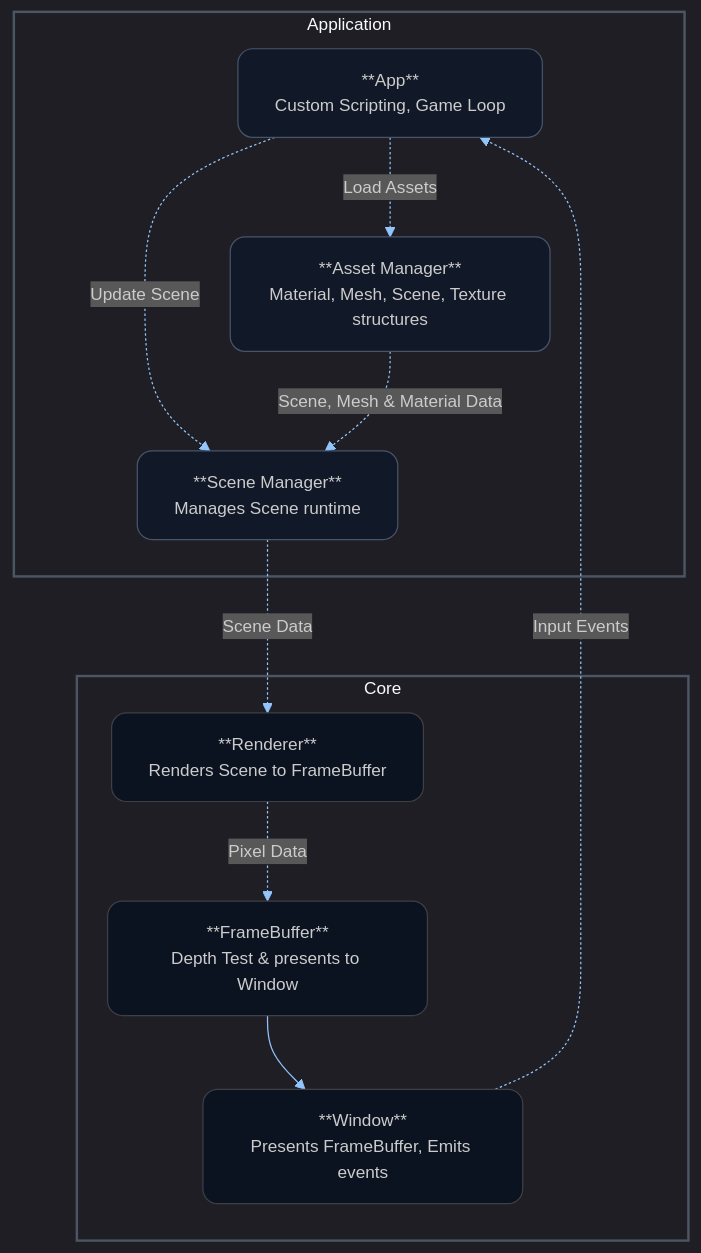
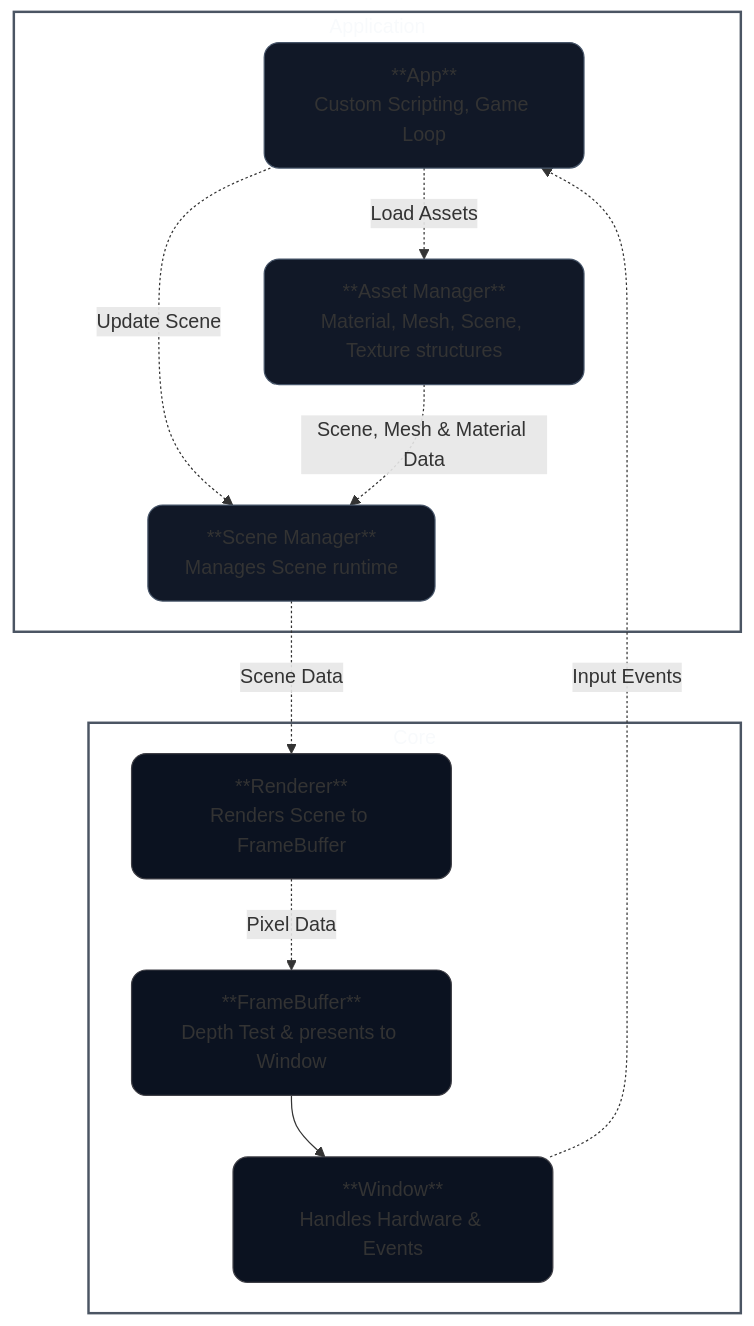
One commit to tommiedevelops/cpu-graphics-engine changed the diagram in README.md. Above: the diagram before and after it, drawn with Mermaid. The commit also changed other lines of this file, not shown here.

Commit message:
small changes to README.md

````diff
--- a/README.md
+++ b/README.md
@@ -21,59 +26,44 @@
 ```mermaid
-%%{init: {
-  "theme": "dark",
-  "themeVariables": {
-    "primaryColor": "#1f2937",
-    "primaryTextColor": "#e5e7eb",
-    "primaryBorderColor": "#4b5563",
-    "lineColor": "#93c5fd",
-    "tertiaryColor": "#0b1220",
-    "fontFamily": "Inter, Roboto, Segoe UI, Helvetica, Arial",
-    "fontSize": "14px"
-  },
-  "flowchart": { "curve": "basis", "nodeSpacing": 30, "rankSpacing": 60 }
-} }%%
-
 flowchart TD
 
 APP["**App**</br>Custom Scripting, Game Loop"]
 
 SM["**Scene Manager**</br>Manages Scene runtime"]
 
 AM["**Asset Manager**</br>Material, Mesh, Scene, Texture structures"]
 
 R["**Renderer**</br>Renders Scene to FrameBuffer"]
 
 F["**FrameBuffer**</br>Depth Test & presents to Window"]
 
-W["**Window**</br>Presents FrameBuffer, Emits events"]
+W["**Window**</br>Handles Hardware & Events"]
 
 APP -.Update Scene.-> SM
 APP -.Load Assets.-> AM
 AM -.Scene, Mesh & Material Data.-> SM
 SM -.Scene Data.-> R
 R -.Pixel Data.-> F
 F --> W
 W -.Input Events.->APP
 
 %% ===== STYLES =====
-classDef group fill:#0f172a,stroke:#4b5563,stroke-width:1px,rx:10,ry:10;
 classDef Application fill:#111827,stroke:#475569,stroke-width:1px,rx:12,ry:12;
 classDef Core fill:#0b1220,stroke:#3f3f46,stroke-width:1px,rx:12,ry:12;
 
 class APP,AM,SM Application;
 class R,F,W Core;	
 
 subgraph Application
 	SM
 	AM
 	APP
 end 
 
 subgraph Core
 	R
 	W
 	F
 end 
     style Application fill:transparent,stroke:#4b5563,stroke-width:2px,color:#f8fafc
     style Core fill:transparent,stroke:#4b5563,stroke-width:2px,color:#f8fafc
 ```
````
